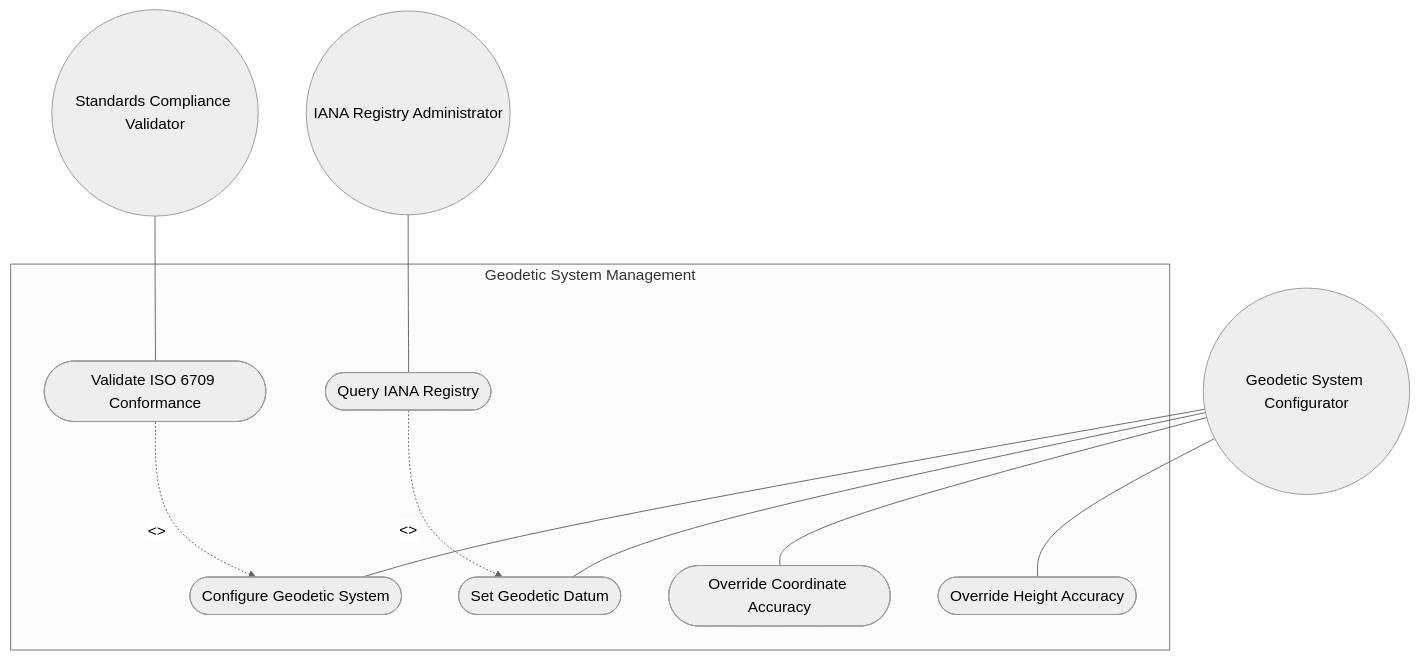
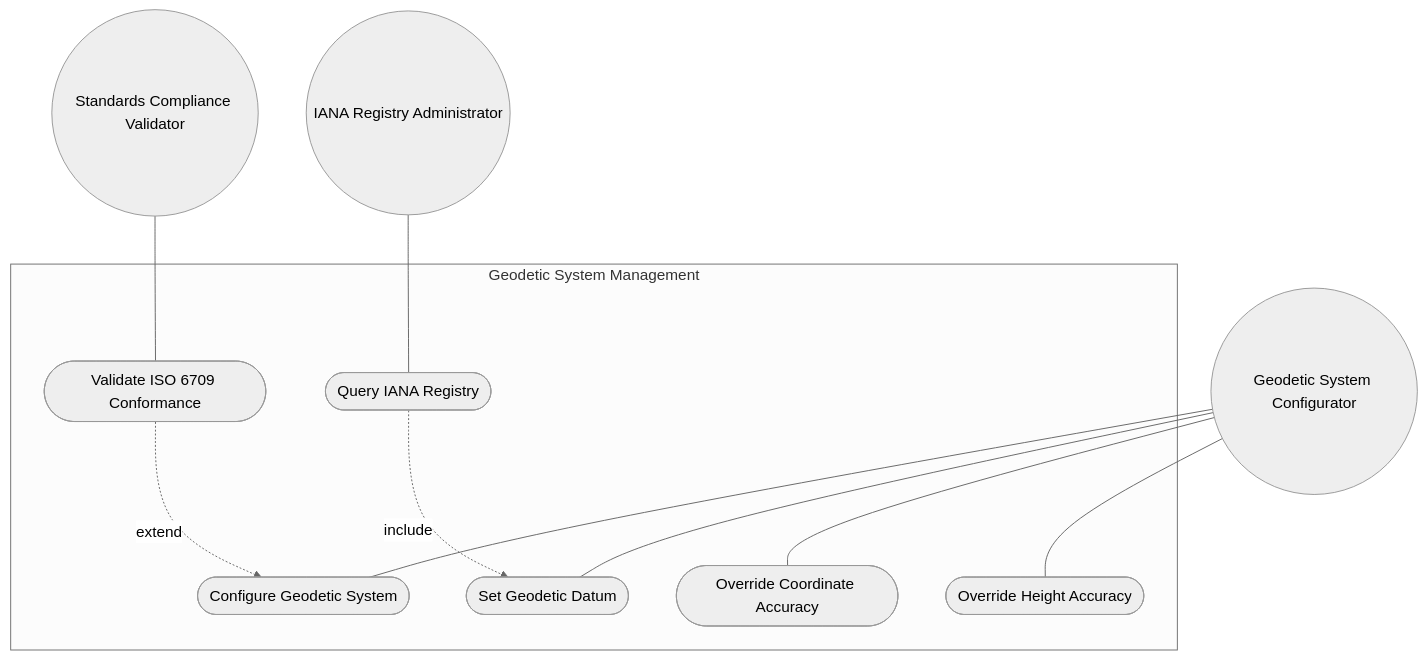
Before and after one commit to gintatkinson/3dgs-030: the first of 2 diagrams in docs/use-cases/uc-08-geodetic-system-configuration.md, drawn with Mermaid (neutral theme). The commit also changed 17 other files, not shown here.

Commit message:
docs: fix Mermaid UML rendering in all 18 use cases -- remove <<include>>/<<extend>> angle brackets causing GitHub renderer failure

````diff
--- a/docs/use-cases/uc-08-geodetic-system-configuration.md
+++ b/docs/use-cases/uc-08-geodetic-system-configuration.md
@@ -96,19 +96,19 @@
 ```mermaid
 graph TD
     subgraph System["Geodetic System Management"]
         UC01([Configure Geodetic System])
         UC02([Set Geodetic Datum])
         UC03([Override Coordinate Accuracy])
         UC04([Override Height Accuracy])
         UC05([Validate ISO 6709 Conformance])
         UC06([Query IANA Registry])
     end
     Configurator((Geodetic System Configurator)) --- UC01
     Configurator --- UC02
     Configurator --- UC03
     Configurator --- UC04
-    UC05 -. "<<extend>>" .-> UC01
-    UC06 -. "<<include>>" .-> UC02
+    UC05 -. "extend" .-> UC01
+    UC06 -. "include" .-> UC02
     Validator((Standards Compliance Validator)) --- UC05
     IANA((IANA Registry Administrator)) --- UC06
 ```
````
